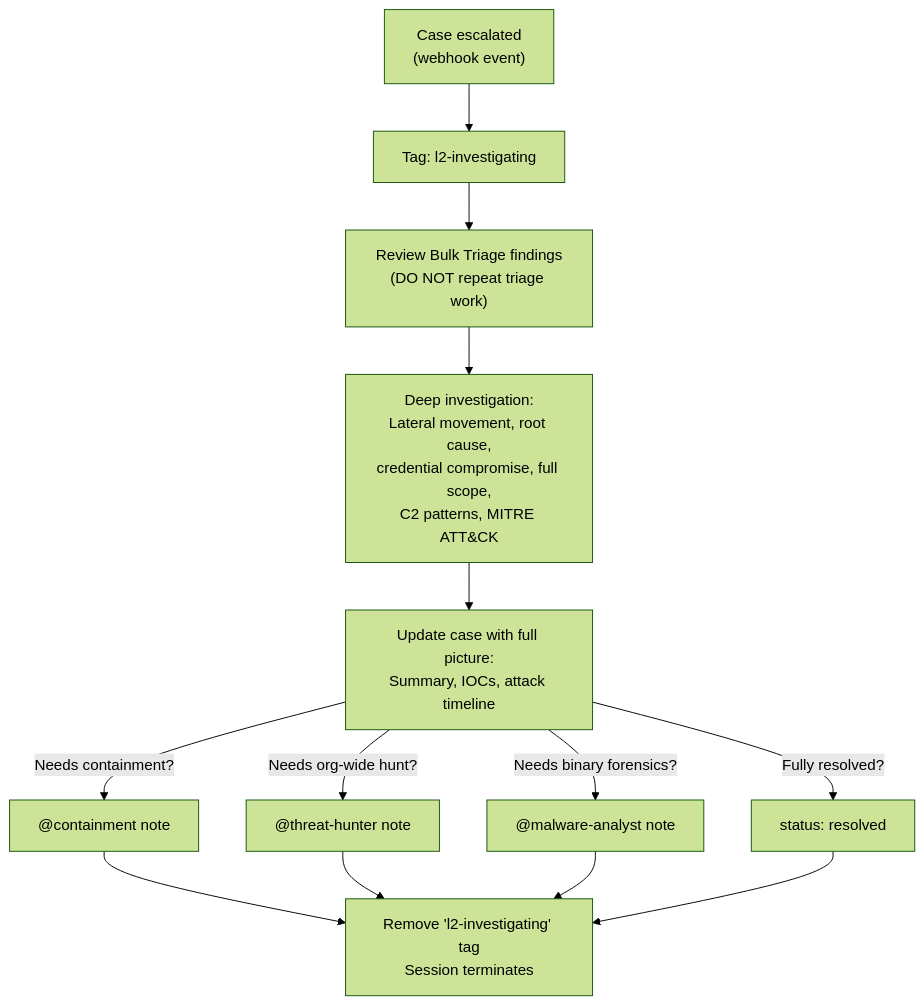
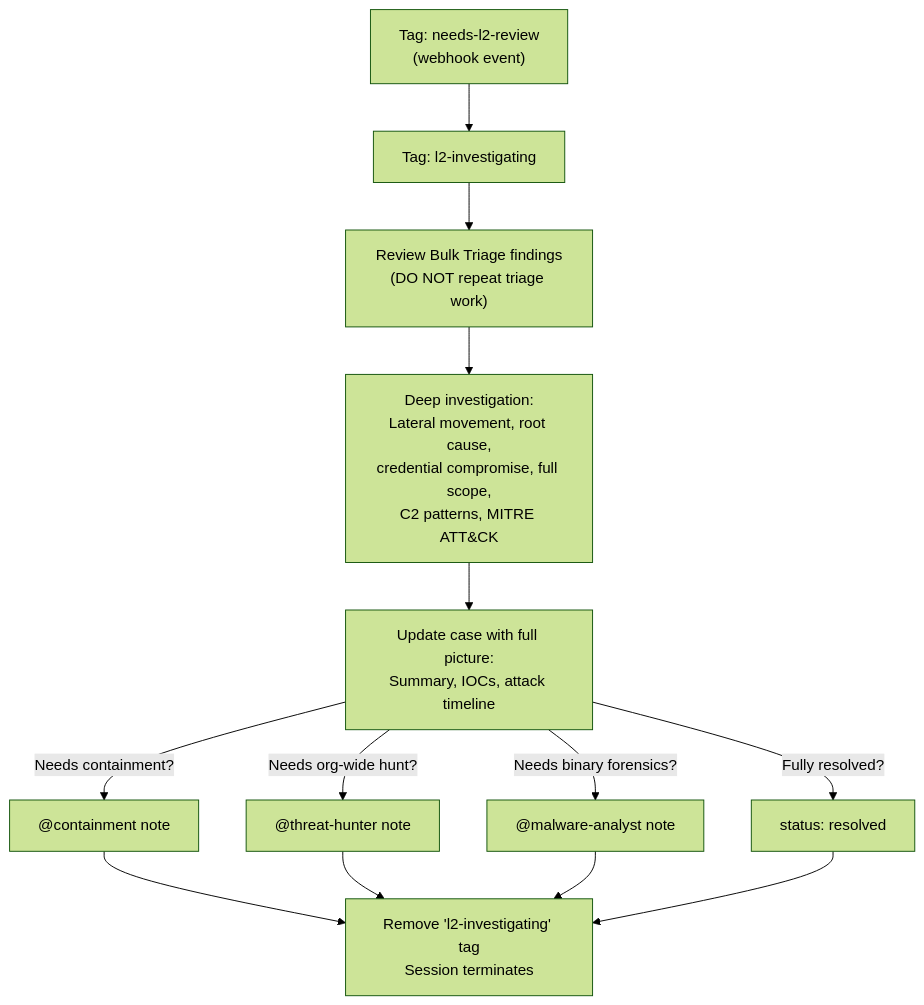
The diagram in lc-soc/baselining-soc/l2-analyst/README.md (refractionPOINT/lc-ai), drawn with Mermaid (forest theme) before and after one commit. The commit also changed other lines of this file and 46 other files, not shown here.

First line of the commit message:
Fix case CLI flags and remove dead escalated status across all agents

````diff
--- a/lc-soc/baselining-soc/l2-analyst/README.md
+++ b/lc-soc/baselining-soc/l2-analyst/README.md
@@ -7,15 +7,15 @@
 ```mermaid
 flowchart TD
-    trigger["Case escalated<br/>(webhook event)"] --> tag["Tag: l2-investigating"]
+    trigger["Tag: needs-l2-review<br/>(webhook event)"] --> tag["Tag: l2-investigating"]
     tag --> review["Review Bulk Triage findings<br/>(DO NOT repeat triage work)"]
     review --> deep["Deep investigation:<br/>Lateral movement, root cause,<br/>credential compromise, full scope,<br/>C2 patterns, MITRE ATT&CK"]
     deep --> update["Update case with full picture:<br/>Summary, IOCs, attack timeline"]
     update -->|Needs containment?| contain["@containment note"]
     update -->|Needs org-wide hunt?| hunt["@threat-hunter note"]
     update -->|Needs binary forensics?| malware["@malware-analyst note"]
     update -->|Fully resolved?| resolved["status: resolved"]
     contain --> cleanup["Remove 'l2-investigating' tag<br/>Session terminates"]
     hunt --> cleanup
     malware --> cleanup
     resolved --> cleanup
 ```
````
